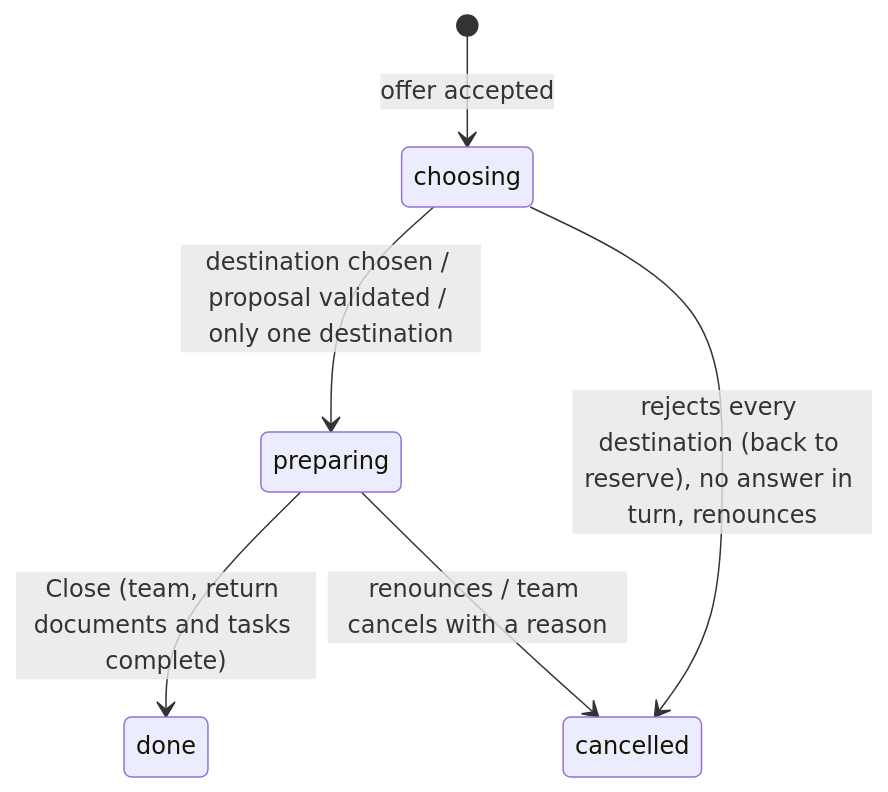
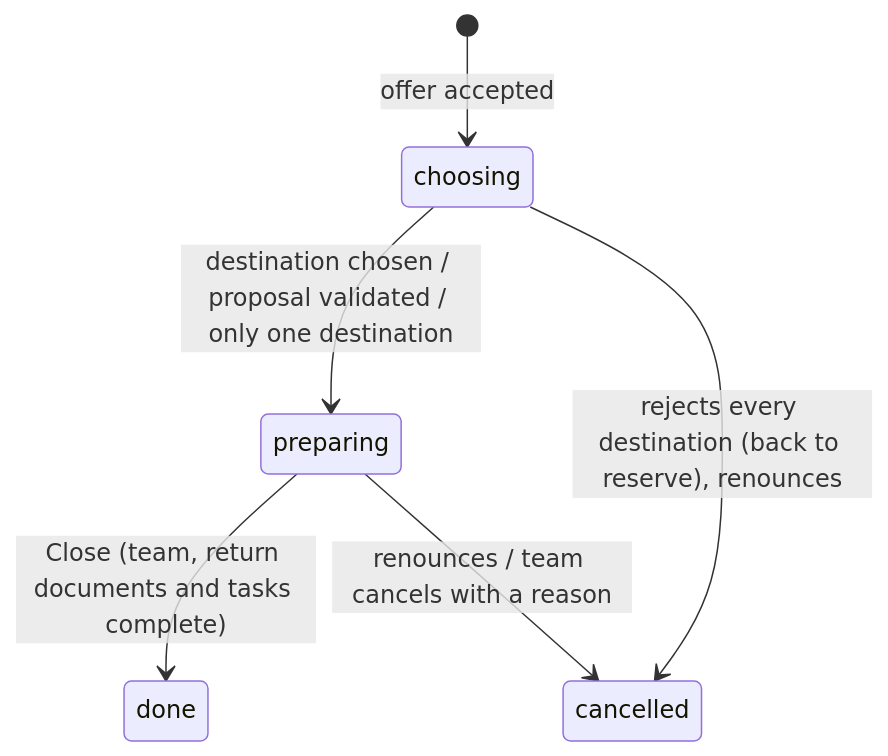
The fourth of 4 diagrams in plans/erasmus_portal.md (ElPuig/EMS), drawn with Mermaid before and after one commit. The commit also changed other lines of this file and 16 other files, not shown here.

````diff
--- a/plans/erasmus_portal.md
+++ b/plans/erasmus_portal.md
@@ -431,8 +430,8 @@
 ```mermaid
 stateDiagram-v2
     [*] --> choosing: offer accepted
     choosing --> preparing: destination chosen / proposal validated / only one destination
-    choosing --> cancelled: rejects every destination (back to reserve), no answer in turn, renounces
+    choosing --> cancelled: rejects every destination (back to reserve), renounces
     preparing --> done: Close (team, return documents and tasks complete)
     preparing --> cancelled: renounces / team cancels with a reason
 ```
````
